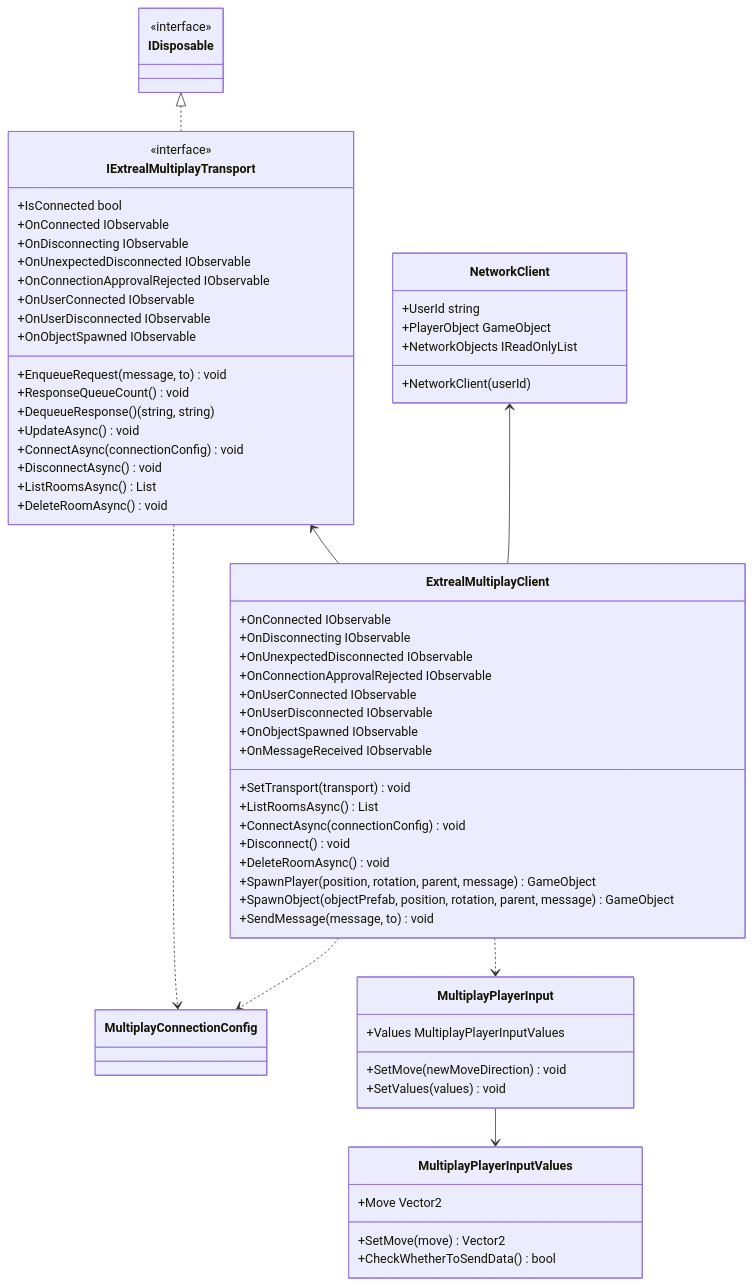
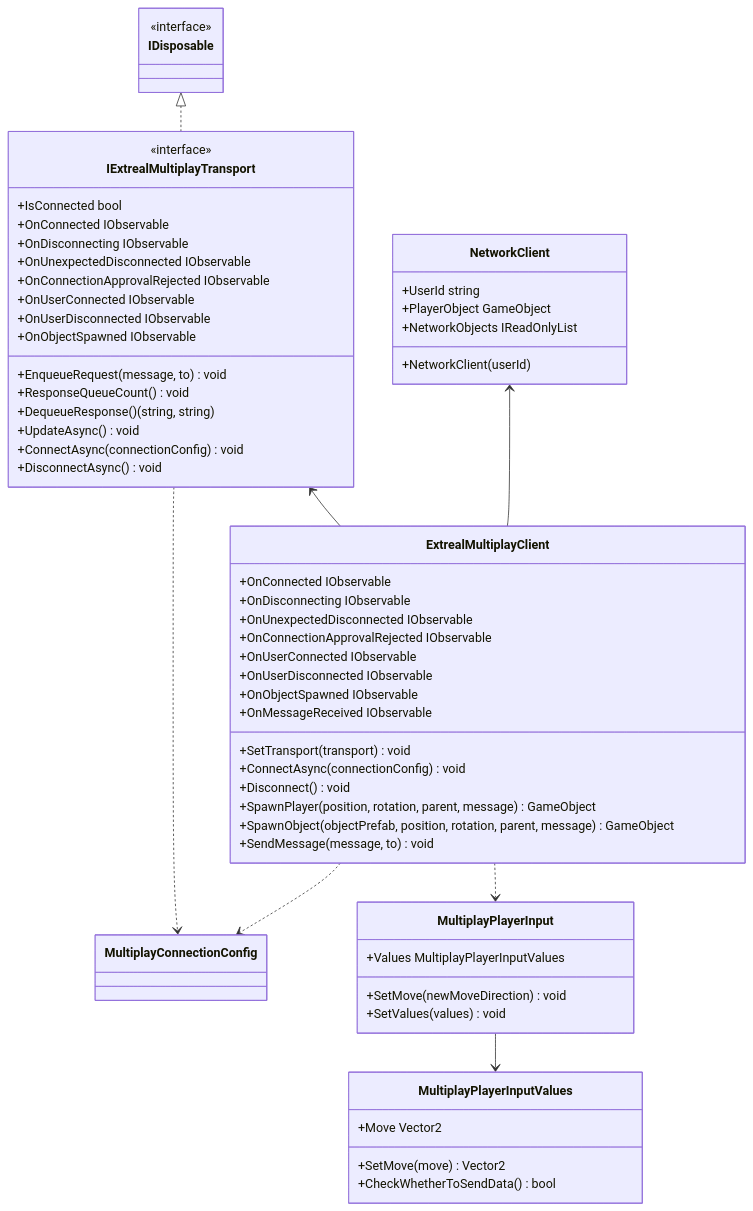
The diagram in docs/integration/multiplay.common.md (extreal-dev/Extreal.Guide), drawn with Mermaid before and after one commit. The commit also changed other lines of this file and 9 other files, not shown here.

````diff
--- a/docs/integration/multiplay.common.md
+++ b/docs/integration/multiplay.common.md
@@ -21,78 +20,74 @@
 ```mermaid
 classDiagram
     ExtrealMultiplayClient ..> MultiplayPlayerInput
     ExtrealMultiplayClient ..> MultiplayConnectionConfig
 
     IExtrealMultiplayTransport <-- ExtrealMultiplayClient
     IExtrealMultiplayTransport ..> MultiplayConnectionConfig
     IDisposable <|.. IExtrealMultiplayTransport
     NetworkClient <-- ExtrealMultiplayClient
 
     MultiplayPlayerInput --> MultiplayPlayerInputValues
 
     class ExtrealMultiplayClient {
         +OnConnected IObservable
         +OnDisconnecting IObservable
         +OnUnexpectedDisconnected IObservable
         +OnConnectionApprovalRejected IObservable
         +OnUserConnected IObservable
         +OnUserDisconnected IObservable
         +OnObjectSpawned IObservable
         +OnMessageReceived IObservable
         +SetTransport(transport) void
-        +ListRoomsAsync() List
         +ConnectAsync(connectionConfig) void
         +Disconnect() void
-        +DeleteRoomAsync() void
         +SpawnPlayer(position, rotation, parent, message) GameObject
         +SpawnObject(objectPrefab, position, rotation, parent, message) GameObject
         +SendMessage(message, to) void
     }
 
     class NetworkClient {
         +UserId string
         +PlayerObject GameObject
         +NetworkObjects IReadOnlyList
         +NetworkClient(userId)
     }
 
     class IExtrealMultiplayTransport {
         <<interface>>
         +IsConnected bool
         +OnConnected IObservable
         +OnDisconnecting IObservable
         +OnUnexpectedDisconnected IObservable
         +OnConnectionApprovalRejected IObservable
         +OnUserConnected IObservable
         +OnUserDisconnected IObservable
         +OnObjectSpawned IObservable
         +EnqueueRequest(message, to) void
         +ResponseQueueCount() void
         +DequeueResponse() (string, string)
         +UpdateAsync() void
         +ConnectAsync(connectionConfig) void
         +DisconnectAsync() void
-        +ListRoomsAsync() List
-        +DeleteRoomAsync() void
     }
 
     class MultiplayPlayerInput {
         +Values MultiplayPlayerInputValues
         +SetMove(newMoveDirection) void
         +SetValues(values) void
     }
 
     class MultiplayPlayerInputValues {
         +Move Vector2
         +SetMove(move) Vector2
         +CheckWhetherToSendData() bool
     }
 
     class MultiplayConnectionConfig {
     }
 
     class IDisposable {
         <<interface>>
     }
     
 ```
````
